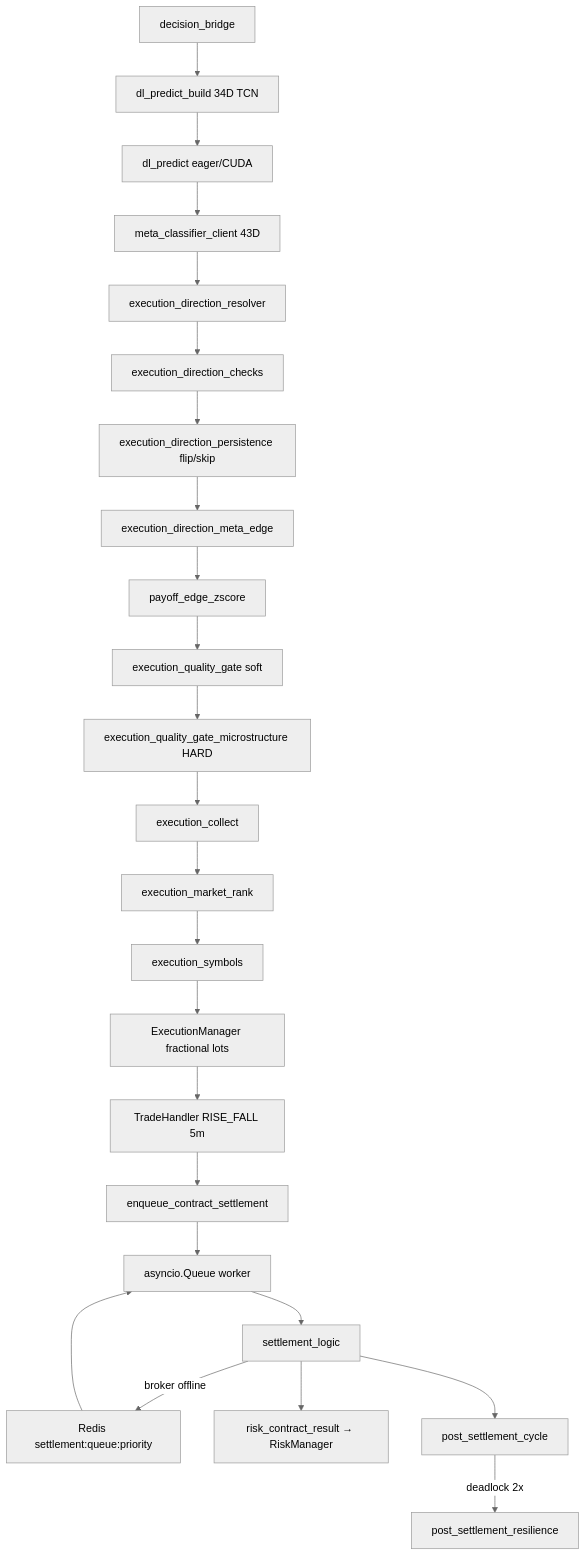
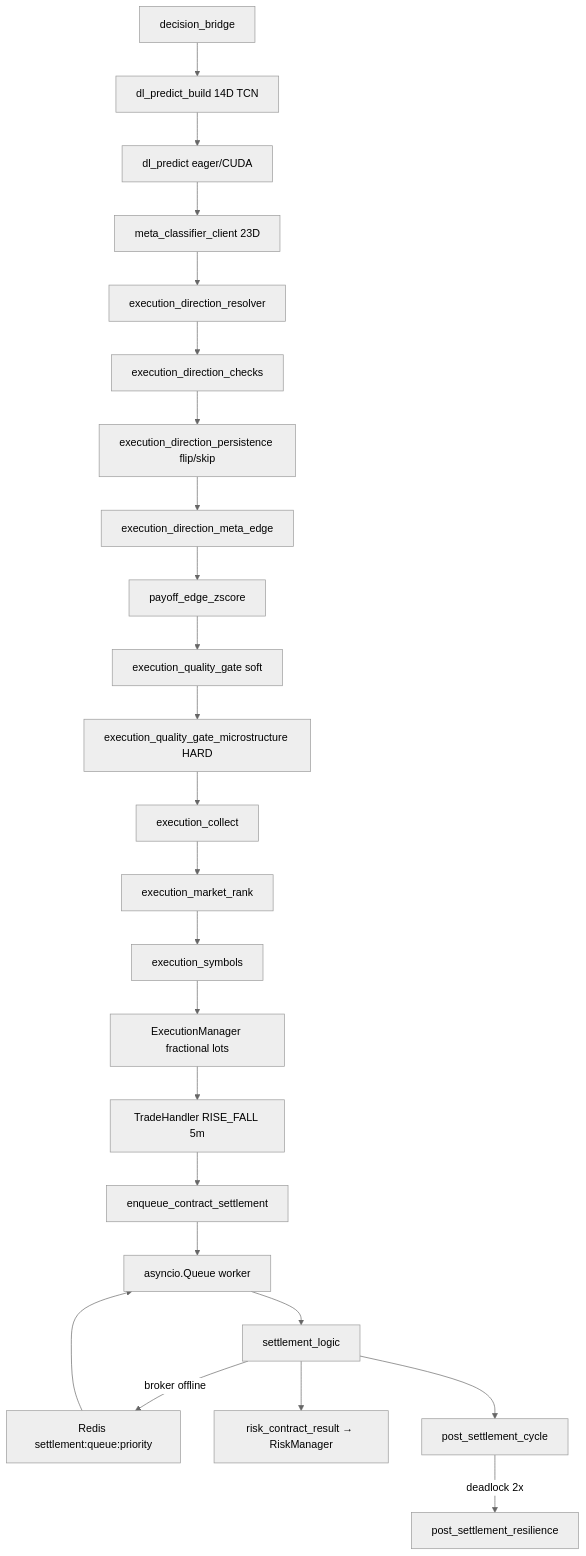
Before and after one commit to victorh-silveira/aether-quantum-engine: the diagram in docs/structure.md, drawn with Mermaid (neutral theme). The commit also changed other lines of this file and 22 other files, not shown here.

````diff
--- a/docs/structure.md
+++ b/docs/structure.md
@@ -475,26 +476,26 @@
 ```mermaid
 flowchart TD
-  BR[decision_bridge] --> BUNDLE[dl_predict_build 34D TCN]
+  BR[decision_bridge] --> BUNDLE[dl_predict_build 14D TCN]
   BUNDLE --> PRED[dl_predict eager/CUDA]
-  PRED --> META[meta_classifier_client 43D]
+  PRED --> META[meta_classifier_client 23D]
   META --> RES[execution_direction_resolver]
   RES --> CHK[execution_direction_checks]
   CHK --> DG[execution_direction_persistence flip/skip]
   DG --> EDGE[execution_direction_meta_edge]
   EDGE --> ZS[payoff_edge_zscore]
   ZS --> QG[execution_quality_gate soft]
   QG --> MICRO[execution_quality_gate_microstructure HARD]
   MICRO --> COL[execution_collect]
   COL --> RANK[execution_market_rank]
   RANK --> SYM[execution_symbols]
   SYM --> EM[ExecutionManager fractional lots]
   EM --> TH[TradeHandler RISE_FALL 5m]
   TH --> ENQ[enqueue_contract_settlement]
   ENQ --> WQ[asyncio.Queue worker]
   WQ --> ST[settlement_logic]
   ST -->|broker offline| RQ[Redis settlement:queue:priority]
   RQ --> WQ
   ST --> RM[risk_contract_result → RiskManager]
   ST --> PSC[post_settlement_cycle]
   PSC -->|deadlock 2x| REC[post_settlement_resilience]
 ```
````
